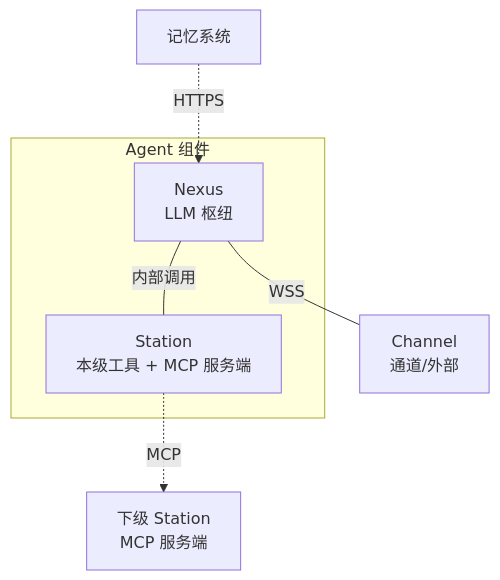
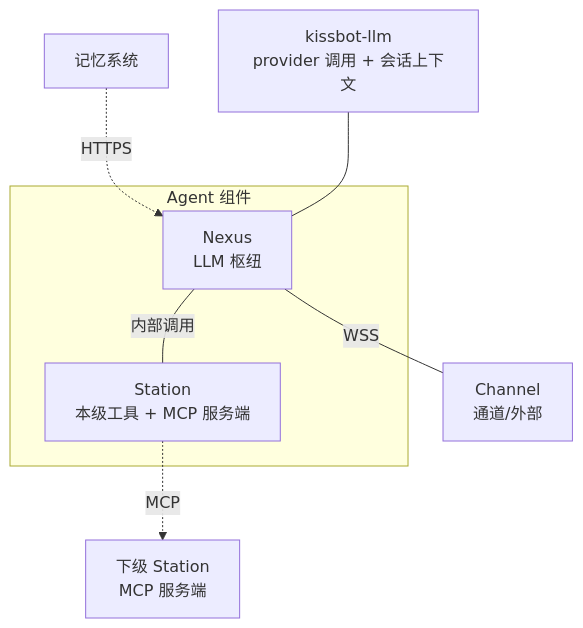
Before and after one commit to coldcloude/kissbot: the diagram in docs/design/system-design-agent.md, drawn with Mermaid. The commit also changed other lines of this file and 43 other files, not shown here.

````diff
--- a/docs/design/system-design-agent.md
+++ b/docs/design/system-design-agent.md
@@ -9,9 +11,11 @@
 ```mermaid
 graph TB
     Memory[记忆系统] -. HTTPS .-> Nexus
+    Llm[kissbot-llm<br/>provider 调用 + 会话上下文]
     subgraph Agent[Agent 组件]
         Nexus[Nexus<br/>LLM 枢纽] -- 内部调用 --- StationLocal[Station<br/>本级工具 + MCP 服务端]
     end
     Nexus -- WSS --- Channel[Channel<br/>通道/外部]
+    Llm --- Nexus
     StationLocal -. MCP .-> StationRemote[下级 Station<br/>MCP 服务端]
 ```
````
